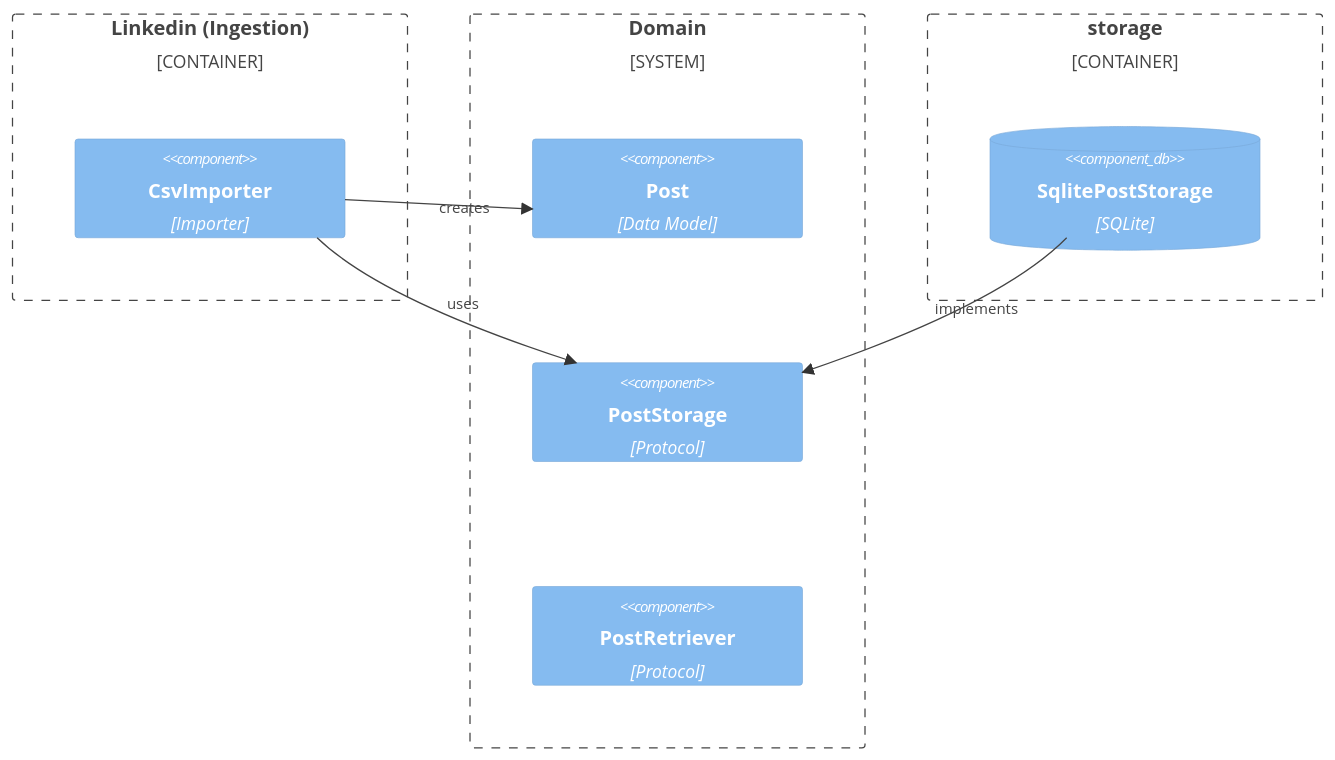
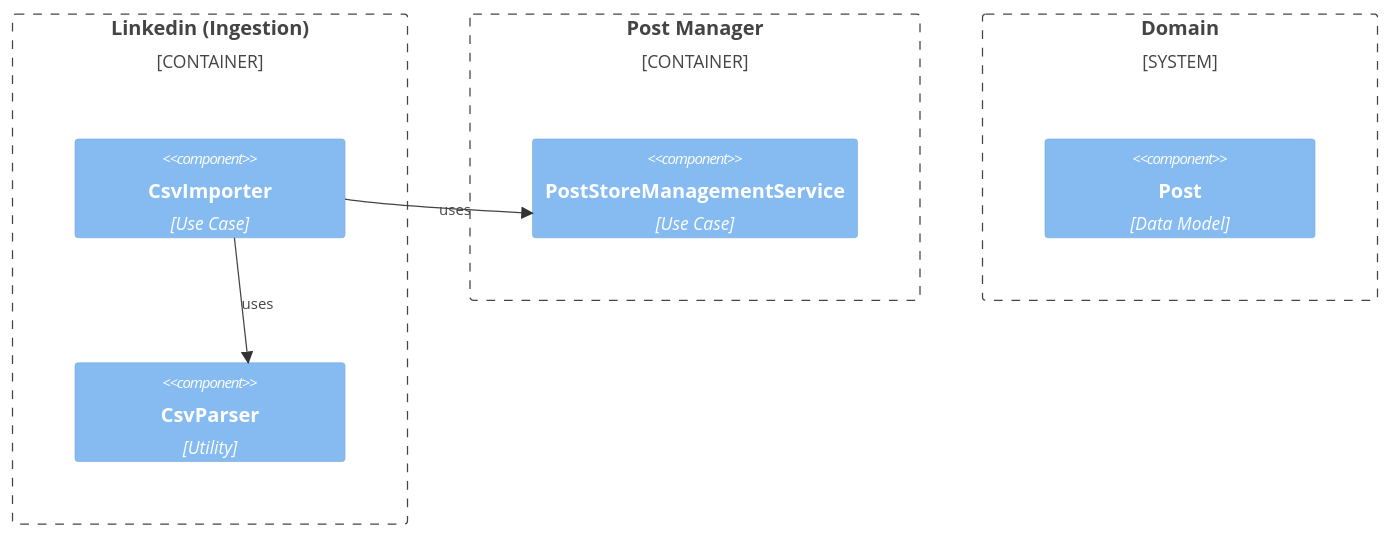
The third of 4 diagrams in src/linkedin_idea_to_post/README.md (ADarko22/linkedin-idea-to-post), drawn with Mermaid before and after one commit. The commit also changed other lines of this file and 15 other files, not shown here.

Commit message:
Rename and adopt PostPostManagementService in DraftService and CsvImport. Add documentation.

````diff
--- a/src/linkedin_idea_to_post/README.md
+++ b/src/linkedin_idea_to_post/README.md
@@ -41,21 +95,19 @@
 ```mermaid
 C4Component
     Container_Boundary(ingestion_b, "Linkedin (Ingestion)") {
-        Component(importer, "CsvImporter", "Importer")
+        Component(importer, "CsvImporter", "Use Case")
+        Component(parser, "CsvParser", "Utility")
+    }
+
+    Container_Boundary(post_manager_b, "Post Manager") {
+        Component(post_store_manager, "PostStoreManagementService", "Use Case")
     }
 
     System_Boundary(domain_b, "Domain") {
         Component(post_m, "Post", "Data Model")
-        Component(storage_p, "PostStorage", "Protocol")
-        Component(retriever_p, "PostRetriever", "Protocol")
     }
 
-    Container_Boundary(storage_b, "storage") {
-        ComponentDb(storage, "SqlitePostStorage", "SQLite")
-    }
-
-    Rel_R(importer, post_m, "creates")
-    Rel_R(importer, storage_p, "uses")
-    Rel_L(storage, storage_p, "implements")
+    Rel_R(importer, parser, "uses")
+    Rel_R(importer, post_store_manager, "uses")
     UpdateLayoutConfig($c4ShapeInRow="1", $c4BoundaryInRow="3")
 ```
````
